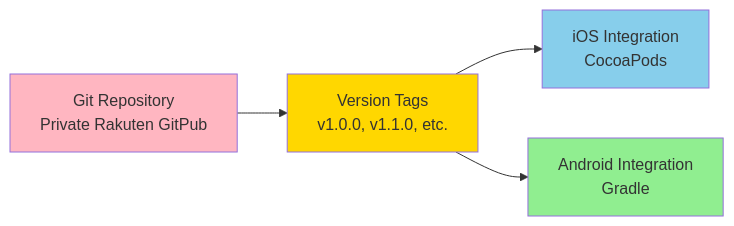
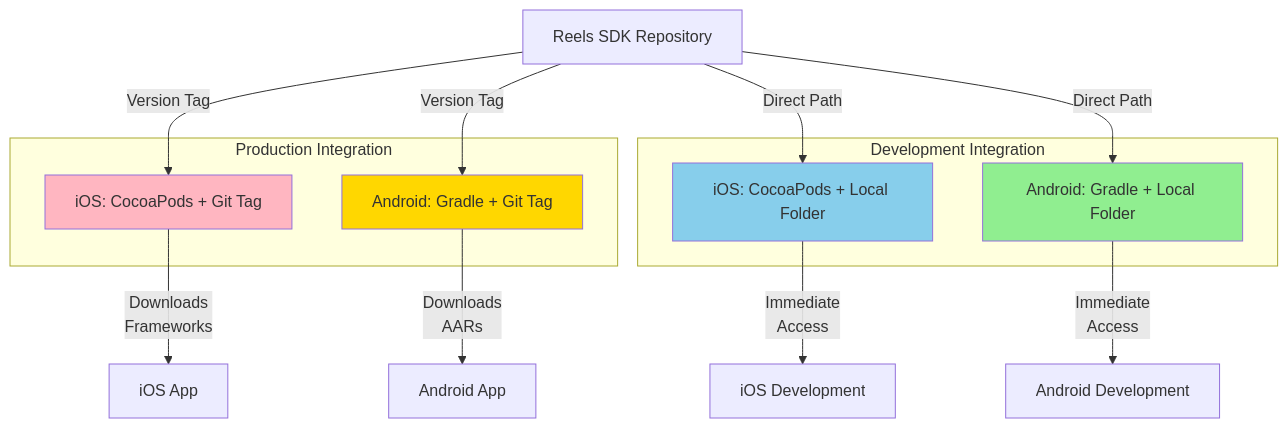
Before and after one commit to ahmed-eishon/Reels-SDK: the fourth of 6 diagrams in docs/01-Overview/01-SDK-Overview.md, drawn with Mermaid. The commit also changed other lines of this file and 45 other files, not shown here.

````diff
--- a/docs/01-Overview/01-SDK-Overview.md
+++ b/docs/01-Overview/01-SDK-Overview.md
@@ -110,11 +248,29 @@
 ```mermaid
-graph LR
-    GIT[Git Repository<br/>Private Rakuten GitPub] --> TAGS[Version Tags<br/>v1.0.0, v1.1.0, etc.]
-    TAGS --> IOS[iOS Integration<br/>CocoaPods]
-    TAGS --> ANDROID[Android Integration<br/>Gradle]
+graph TB
+    subgraph "Production Integration"
+        GIT_IOS[iOS: CocoaPods + Git Tag]
+        GIT_ANDROID[Android: Gradle + Git Tag]
+    end
 
-    style GIT fill:#FFB6C1
-    style TAGS fill:#FFD700
-    style IOS fill:#87CEEB
-    style ANDROID fill:#90EE90
+    subgraph "Development Integration"
+        LOCAL_IOS[iOS: CocoaPods + Local Folder]
+        LOCAL_ANDROID[Android: Gradle + Local Folder]
+    end
+
+    SDK[Reels SDK Repository]
+
+    SDK -->|Version Tag| GIT_IOS
+    SDK -->|Version Tag| GIT_ANDROID
+    SDK -->|Direct Path| LOCAL_IOS
+    SDK -->|Direct Path| LOCAL_ANDROID
+
+    GIT_IOS -->|Downloads<br/>Frameworks| IOS_APP[iOS App]
+    GIT_ANDROID -->|Downloads<br/>AARs| ANDROID_APP[Android App]
+    LOCAL_IOS -->|Immediate<br/>Access| IOS_DEV[iOS Development]
+    LOCAL_ANDROID -->|Immediate<br/>Access| ANDROID_DEV[Android Development]
+
+    style GIT_IOS fill:#FFB6C1
+    style GIT_ANDROID fill:#FFD700
+    style LOCAL_IOS fill:#87CEEB
+    style LOCAL_ANDROID fill:#90EE90
 ```
````
